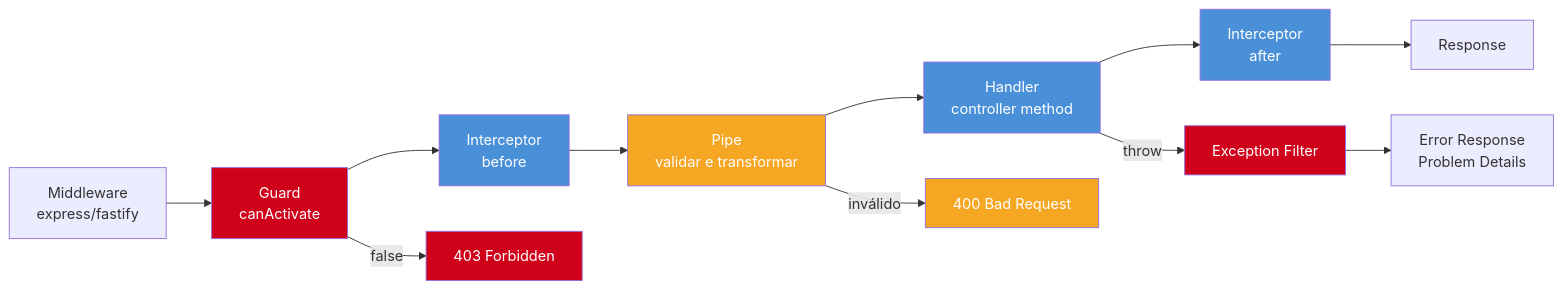
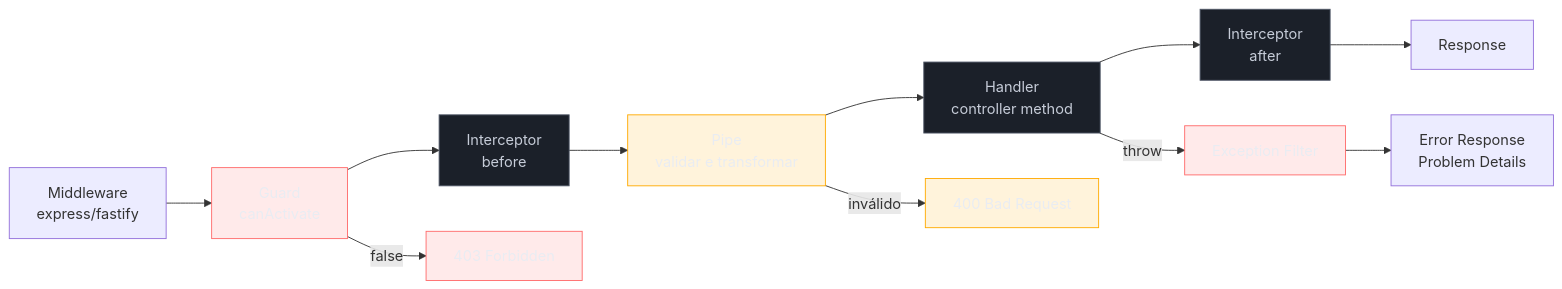
The diagram in 03-Dominios/Tecnologia/Node/Frameworks e arquitetura/04 - NestJS - guards, interceptors, pipes, filters.md (josenaldo/codex-technomanticus), drawn with Mermaid before and after one commit. The commit also changed 1181 other files, not shown here.

First line of the commit message:
fix(diagramas): paleta do sistema no lugar de cor cravada no markdown

````diff
--- a/03-Dominios/Tecnologia/Node/Frameworks e arquitetura/04 - NestJS - guards, interceptors, pipes, filters.md
+++ b/03-Dominios/Tecnologia/Node/Frameworks e arquitetura/04 - NestJS - guards, interceptors, pipes, filters.md
@@ -39,23 +39,26 @@
 ```mermaid
 flowchart LR
+    classDef falha fill:#FF6B6B24,stroke:#FF6B6B,color:#E9ECF2
+    classDef destaque fill:#FFAA0024,stroke:#FFAA00,color:#E9ECF2
+    classDef neutro fill:#1B2029,stroke:#4E5666,color:#C6CCD8
     MW[Middleware\nexpress/fastify] --> GD[Guard\ncanActivate]
     GD --> IB[Interceptor\nbefore]
     IB --> PP[Pipe\nvalidar e transformar]
     PP --> HD[Handler\ncontroller method]
     HD --> IA[Interceptor\nafter]
     IA --> RS[Response]
 
     GD -->|false| F1[403 Forbidden]
     PP -->|inválido| F2[400 Bad Request]
     HD -->|throw| EF[Exception Filter]
     EF --> ER[Error Response\nProblem Details]
 
-    style GD fill:#D0021B,color:#fff
-    style PP fill:#F5A623,color:#fff
-    style IB fill:#4A90D9,color:#fff
-    style IA fill:#4A90D9,color:#fff
-    style EF fill:#D0021B,color:#fff
-    style HD fill:#4A90D9,color:#fff
-    style F1 fill:#D0021B,color:#fff
-    style F2 fill:#F5A623,color:#fff
+    class GD falha
+    class PP destaque
+    class IB neutro
+    class IA neutro
+    class EF falha
+    class HD neutro
+    class F1 falha
+    class F2 destaque
 ```
````
